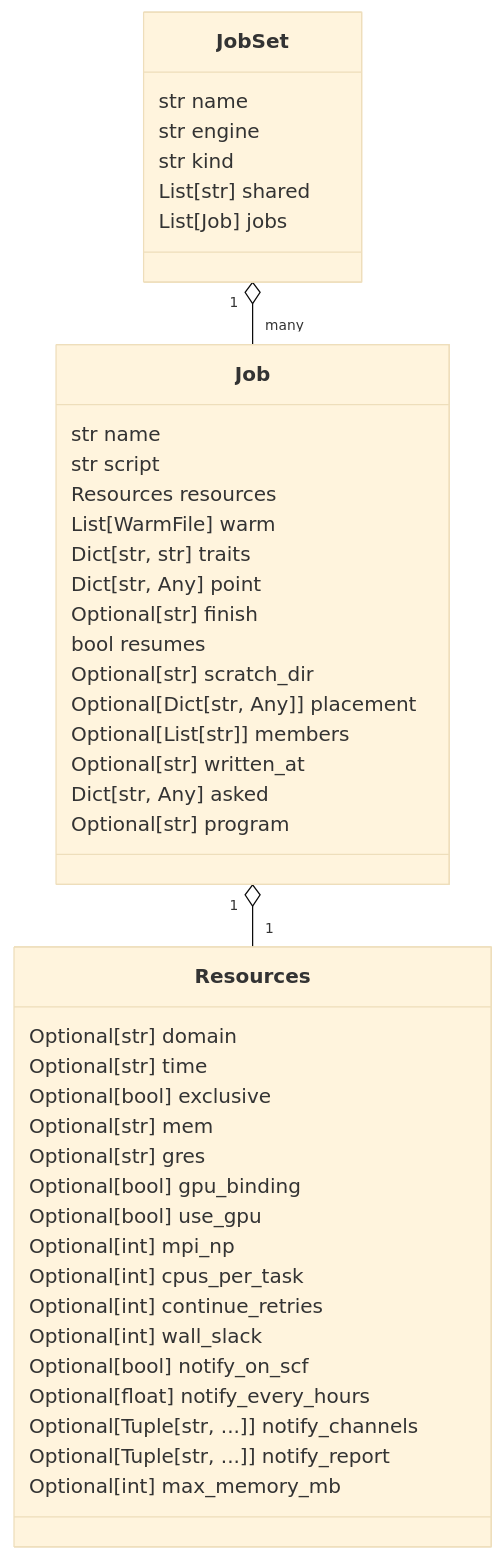
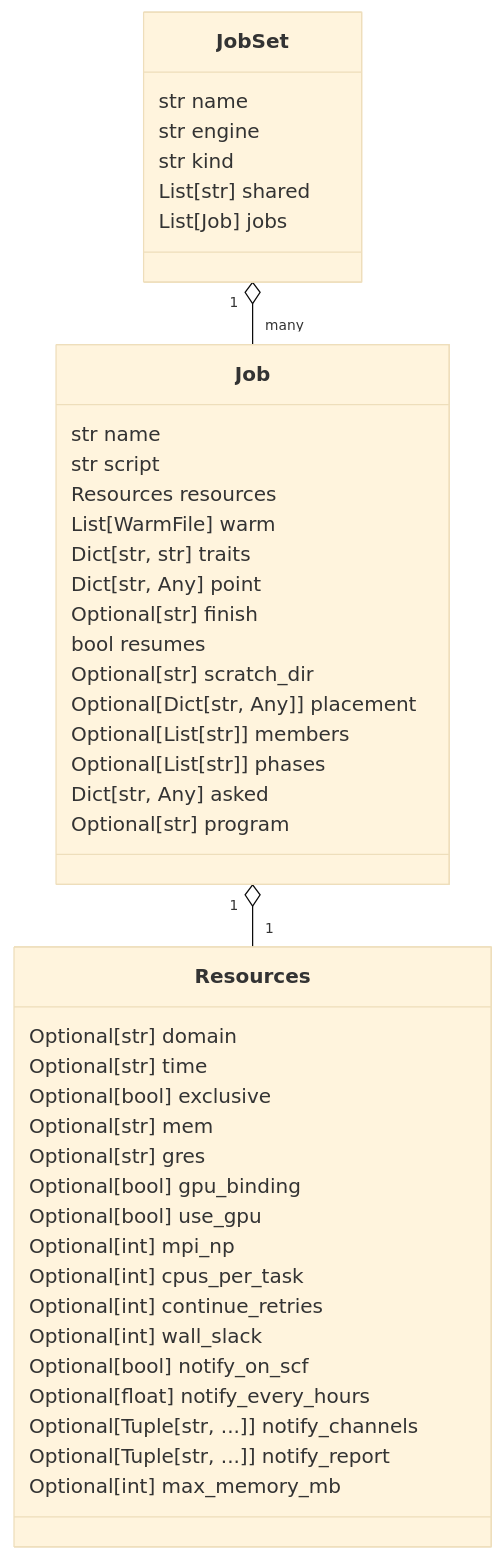
One commit to Qing-LAB/molbuilder changed the seventh of 19 diagrams in docs/execution/job-system.md. Above: the diagram before and after it, drawn with Mermaid (base theme). The commit also changed other lines of this file and 114 other files, not shown here.

````diff
--- a/docs/execution/job-system.md
+++ b/docs/execution/job-system.md
@@ -1160,46 +1152,46 @@
 ```mermaid
 classDiagram
     class JobSet {
       str name
       str engine
       str kind
       List[str] shared
       List[Job] jobs
     }
     class Job {
       str name
       str script
       Resources resources
       List[WarmFile] warm
       Dict[str, str] traits
       Dict[str, Any] point
       Optional[str] finish
       bool resumes
       Optional[str] scratch_dir
       Optional[Dict[str, Any]] placement
       Optional[List[str]] members
-      Optional[str] written_at
+      Optional[List[str]] phases
       Dict[str, Any] asked
       Optional[str] program
     }
     class Resources {
       Optional[str] domain
       Optional[str] time
       Optional[bool] exclusive
       Optional[str] mem
       Optional[str] gres
       Optional[bool] gpu_binding
       Optional[bool] use_gpu
       Optional[int] mpi_np
       Optional[int] cpus_per_task
       Optional[int] continue_retries
       Optional[int] wall_slack
       Optional[bool] notify_on_scf
       Optional[float] notify_every_hours
       Optional[Tuple[str, ...]] notify_channels
       Optional[Tuple[str, ...]] notify_report
       Optional[int] max_memory_mb
     }
     JobSet "1" o-- "many" Job
     Job "1" o-- "1" Resources
 ```
````
